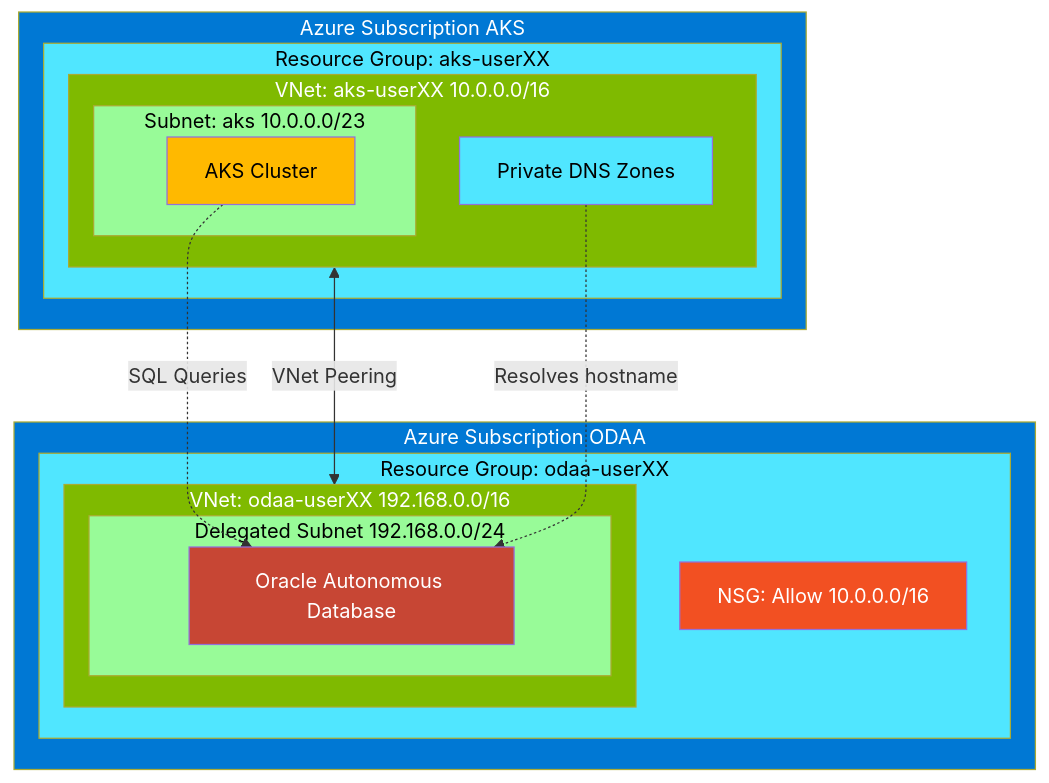
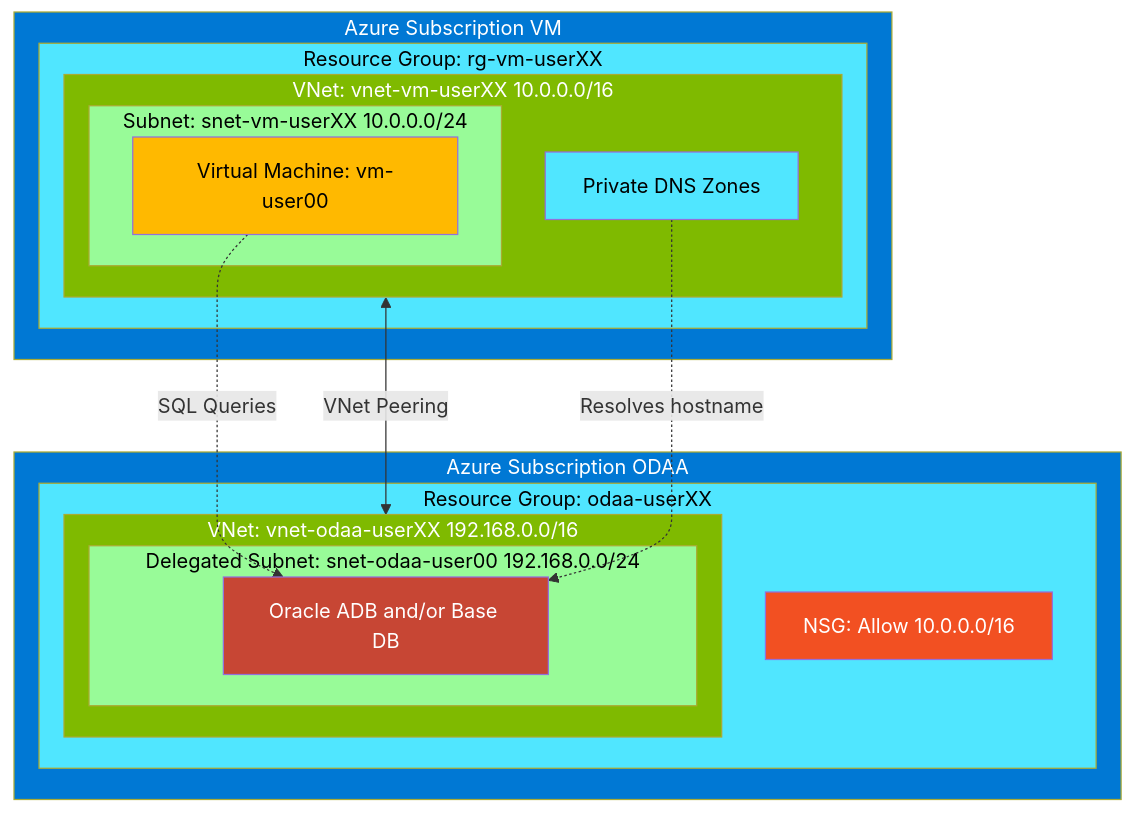
One commit to cpinotossi/msftmh changed the first of 6 diagrams in 03-Azure/01-03-Infrastructure/10_Oracle_on_Azure/README.md. Above: the diagram before and after it, drawn with Mermaid. The commit also changed other lines of this file and 1 other file, not shown here.

````diff
--- a/03-Azure/01-03-Infrastructure/10_Oracle_on_Azure/README.md
+++ b/03-Azure/01-03-Infrastructure/10_Oracle_on_Azure/README.md
@@ -28,41 +30,41 @@
 ```mermaid
 flowchart TB
-    subgraph AKS_SUB[Azure Subscription AKS]
-        subgraph AKS_RG[Resource Group: aks-userXX]
-            subgraph AKS_VNET[VNet: aks-userXX 10.0.0.0/16]
-                subgraph AKS_SUBNET[Subnet: aks 10.0.0.0/23]
-                    AKS[AKS Cluster]
+    subgraph VM_SUB[Azure Subscription VM]
+        subgraph VM_RG[Resource Group: rg-vm-userXX]
+            subgraph VM_VNET[VNet: vnet-vm-userXX 10.0.0.0/16]
+                subgraph VM_SUBNET[Subnet: snet-vm-userXX 10.0.0.0/24]
+                    VM[Virtual Machine: vm-user00]
                 end
                 DNS[Private DNS Zones]
             end
         end
     end
 
     subgraph ODAA_SUB[Azure Subscription ODAA]
         subgraph ODAA_RG[Resource Group: odaa-userXX]
-            subgraph ODAA_VNET[VNet: odaa-userXX 192.168.0.0/16]
-                subgraph ODAA_SUBNET[Delegated Subnet 192.168.0.0/24]
-                    ADB[Oracle Autonomous Database]
+            subgraph ODAA_VNET[VNet: vnet-odaa-userXX 192.168.0.0/16]
+                subgraph ODAA_SUBNET[Delegated Subnet: snet-odaa-user00 192.168.0.0/24]
+                    ADB[Oracle ADB and/or Base DB]
                 end
             end
             NSG[NSG: Allow 10.0.0.0/16]
         end
     end
 
-    AKS_VNET <-->|VNet Peering| ODAA_VNET
-    AKS -.->|SQL Queries| ADB
+    VM_VNET <-->|VNet Peering| ODAA_VNET
+    VM -.->|SQL Queries| ADB
     DNS -.->|Resolves hostname| ADB
 
-    style AKS_SUB fill:#0078D4,color:#fff
-    style AKS_RG fill:#50E6FF,color:#000
-    style AKS_VNET fill:#7FBA00,color:#fff
-    style AKS_SUBNET fill:#98FB98,color:#000
+    style VM_SUB fill:#0078D4,color:#fff
+    style VM_RG fill:#50E6FF,color:#000
+    style VM_VNET fill:#7FBA00,color:#fff
+    style VM_SUBNET fill:#98FB98,color:#000
     style ODAA_SUB fill:#0078D4,color:#fff
     style ODAA_RG fill:#50E6FF,color:#000
     style ODAA_VNET fill:#7FBA00,color:#fff
     style ODAA_SUBNET fill:#98FB98,color:#000
     style ADB fill:#C74634,color:#fff
-    style AKS fill:#FFB900,color:#000
+    style VM fill:#FFB900,color:#000
     style DNS fill:#50E6FF,color:#000
     style NSG fill:#F25022,color:#fff
 ```
````
